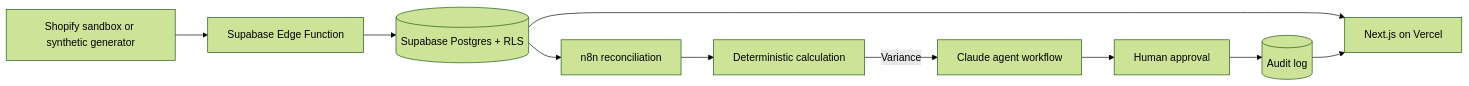
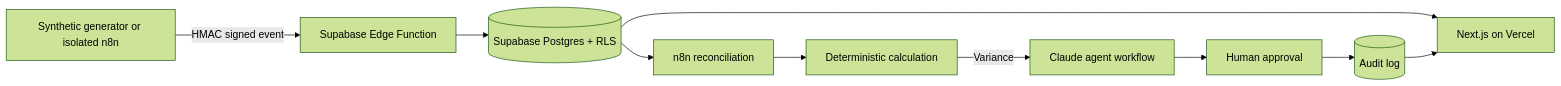
The diagram in README.md (igorMV0807/ledgerguard-ai), drawn with Mermaid (forest theme) before and after one commit. The commit also changed other lines of this file and 39 other files, not shown here.

````diff
--- a/README.md
+++ b/README.md
@@ -61,12 +64,12 @@
 ```mermaid
 flowchart LR
-    SOURCE[Shopify sandbox or synthetic generator] --> EDGE[Supabase Edge Function]
+    SOURCE[Synthetic generator or isolated n8n] -->|HMAC signed event| EDGE[Supabase Edge Function]
     EDGE --> DB[(Supabase Postgres + RLS)]
     DB --> N8N[n8n reconciliation]
     N8N --> RULES[Deterministic calculation]
     RULES -->|Variance| AGENTS[Claude agent workflow]
     AGENTS --> HUMAN[Human approval]
     HUMAN --> AUDIT[(Audit log)]
     DB --> APP[Next.js on Vercel]
     AUDIT --> APP
 ```
````
